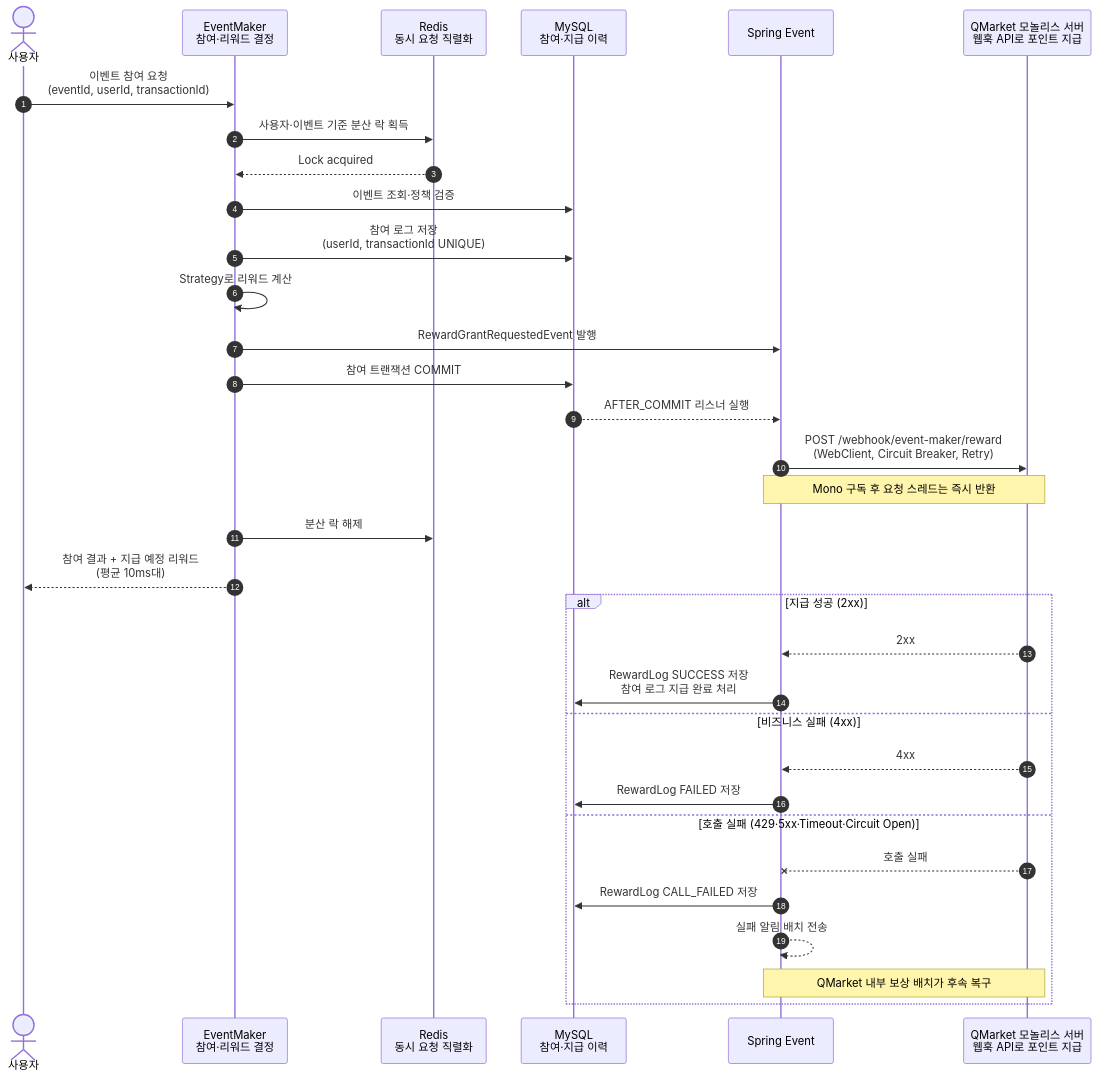
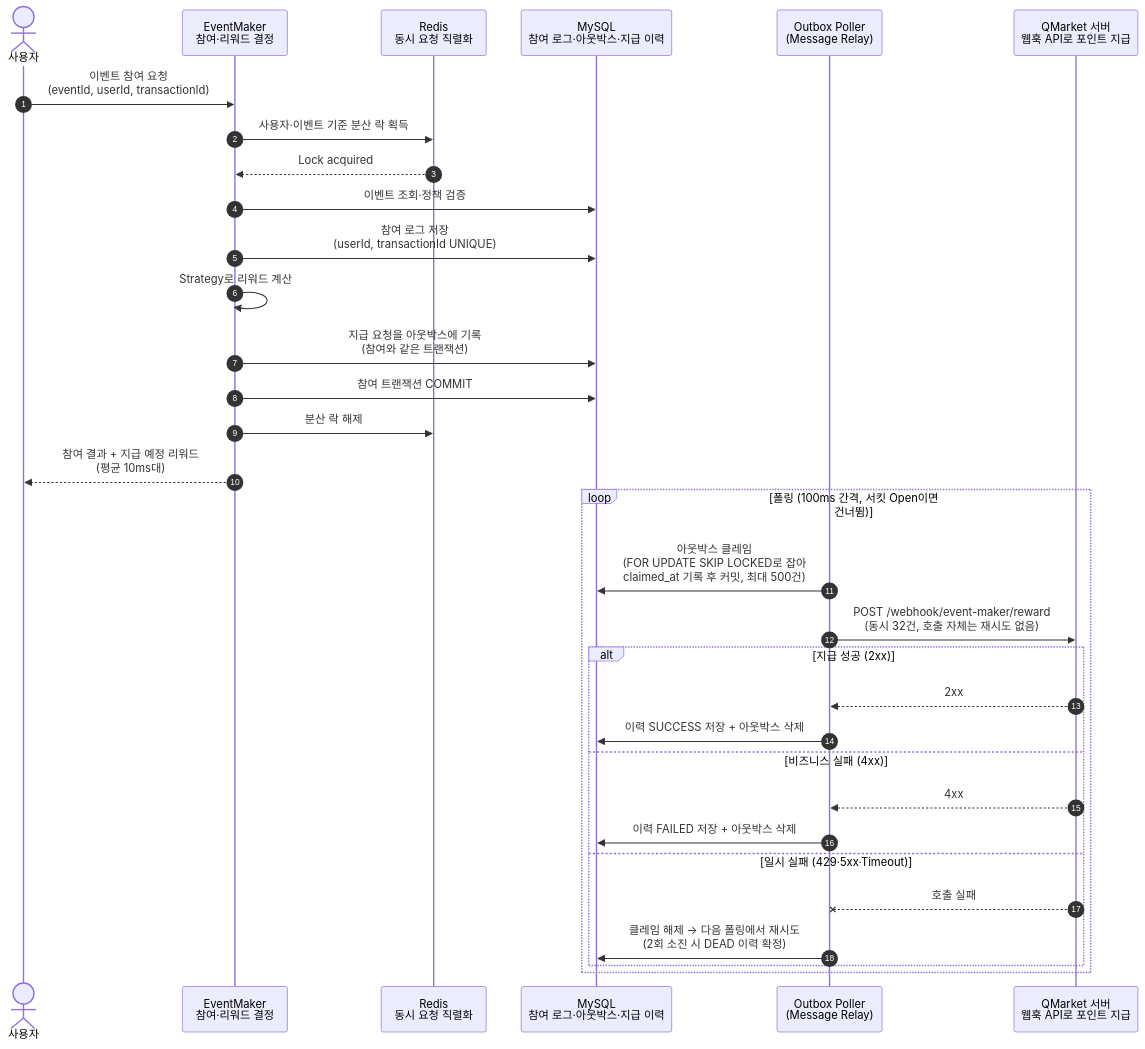
One commit to maruhxn/portfolio changed the first of 3 diagrams in content/projects/eventmaker.md. Above: the diagram before and after it, drawn with Mermaid. The commit also changed other lines of this file and 3 other files, not shown here.

````diff
--- a/content/projects/eventmaker.md
+++ b/content/projects/eventmaker.md
@@ -7,37 +7,36 @@
 ```mermaid
 sequenceDiagram
     autonumber
     actor User as 사용자
     participant API as EventMaker<br/>참여·리워드 결정
     participant Lock as Redis<br/>동시 요청 직렬화
-    participant DB as MySQL<br/>참여·지급 이력
-    participant Event as Spring Event
-    participant QMarket as QMarket 모놀리스 서버<br/>웹훅 API로 포인트 지급
+    participant DB as MySQL<br/>참여 로그·아웃박스·지급 이력
+    participant Relay as Outbox Poller<br/>(Message Relay)
+    participant QMarket as QMarket 서버<br/>웹훅 API로 포인트 지급
 
     User->>API: 이벤트 참여 요청<br/>(eventId, userId, transactionId)
     API->>Lock: 사용자·이벤트 기준 분산 락 획득
     Lock-->>API: Lock acquired
     API->>DB: 이벤트 조회·정책 검증
     API->>DB: 참여 로그 저장<br/>(userId, transactionId UNIQUE)
     API->>API: Strategy로 리워드 계산
-    API->>Event: RewardGrantRequestedEvent 발행
+    API->>DB: 지급 요청을 아웃박스에 기록<br/>(참여와 같은 트랜잭션)
     API->>DB: 참여 트랜잭션 COMMIT
-    DB-->>Event: AFTER_COMMIT 리스너 실행
-    Event->>QMarket: POST /webhook/event-maker/reward<br/>(WebClient, Circuit Breaker, Retry)
-    Note over Event,QMarket: Mono 구독 후 요청 스레드는 즉시 반환
     API->>Lock: 분산 락 해제
     API-->>User: 참여 결과 + 지급 예정 리워드<br/>(평균 10ms대)
 
-    alt 지급 성공 (2xx)
-        QMarket-->>Event: 2xx
-        Event->>DB: RewardLog SUCCESS 저장<br/>참여 로그 지급 완료 처리
-    else 비즈니스 실패 (4xx)
-        QMarket-->>Event: 4xx
-        Event->>DB: RewardLog FAILED 저장
-    else 호출 실패 (429·5xx·Timeout·Circuit Open)
-        QMarket--xEvent: 호출 실패
-        Event->>DB: RewardLog CALL_FAILED 저장
-        Event-->>Event: 실패 알림 배치 전송
-        Note over Event,QMarket: QMarket 내부 보상 배치가 후속 복구
+    loop 폴링 (100ms 간격, 서킷 Open이면 건너뜀)
+        Relay->>DB: 아웃박스 클레임<br/>(FOR UPDATE SKIP LOCKED로 잡아<br/>claimed_at 기록 후 커밋, 최대 500건)
+        Relay->>QMarket: POST /webhook/event-maker/reward<br/>(동시 32건, 호출 자체는 재시도 없음)
+        alt 지급 성공 (2xx)
+            QMarket-->>Relay: 2xx
+            Relay->>DB: 이력 SUCCESS 저장 + 아웃박스 삭제
+        else 비즈니스 실패 (4xx)
+            QMarket-->>Relay: 4xx
+            Relay->>DB: 이력 FAILED 저장 + 아웃박스 삭제
+        else 일시 실패 (429·5xx·Timeout)
+            QMarket--xRelay: 호출 실패
+            Relay->>DB: 클레임 해제 → 다음 폴링에서 재시도<br/>(2회 소진 시 DEAD 이력 확정)
+        end
     end
 ```
````
